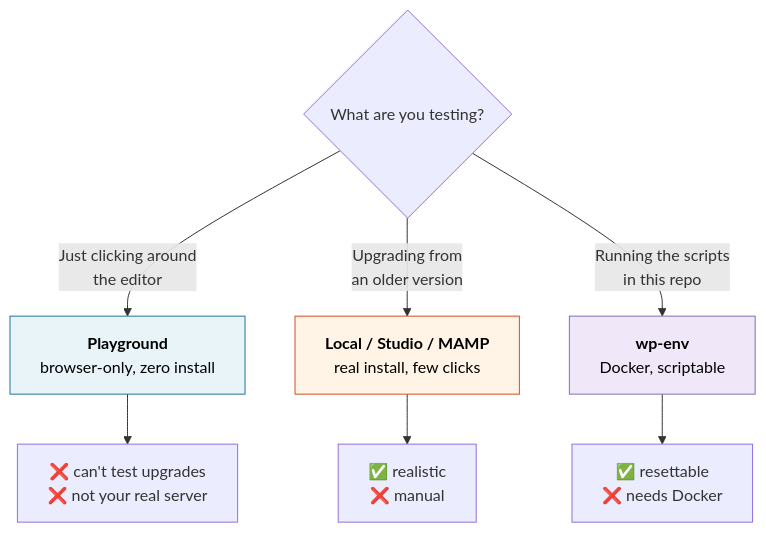
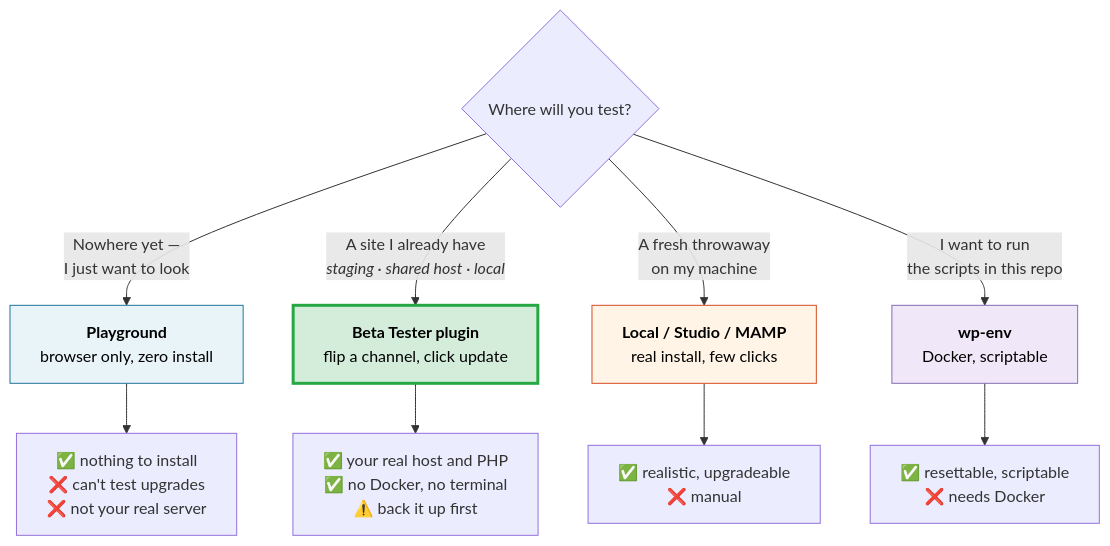
One commit to courtneyr-dev/wp-release-audit-method changed the second of 4 diagrams in README.md. Above: the diagram before and after it, drawn with Mermaid. The commit also changed other lines of this file, not shown here.

First line of the commit message:
🔌 Add the Beta Tester plugin as the default testing path

````diff
--- a/README.md
+++ b/README.md
@@ -115,15 +115,19 @@
 ```mermaid
 flowchart TD
-    Q{"What are you testing?"}
-    Q -->|"Just clicking around<br/>the editor"| P["<b>Playground</b><br/>browser-only, zero install"]
-    Q -->|"Upgrading from<br/>an older version"| L["<b>Local / Studio / MAMP</b><br/>real install, few clicks"]
-    Q -->|"Running the scripts<br/>in this repo"| W["<b>wp-env</b><br/>Docker, scriptable"]
+    Q{"Where will you test?"}
 
-    P --> PN["❌ can't test upgrades<br/>❌ not your real server"]
-    L --> LN["✅ realistic<br/>❌ manual"]
-    W --> WN["✅ resettable<br/>❌ needs Docker"]
+    Q -->|"Nowhere yet —<br/>I just want to look"| P["<b>Playground</b><br/>browser only, zero install"]
+    Q -->|"A site I already have<br/><i>staging · shared host · local</i>"| BT["<b>Beta Tester plugin</b><br/>flip a channel, click update"]
+    Q -->|"A fresh throwaway<br/>on my machine"| L["<b>Local / Studio / MAMP</b><br/>real install, few clicks"]
+    Q -->|"I want to run<br/>the scripts in this repo"| W["<b>wp-env</b><br/>Docker, scriptable"]
+
+    P --> PN["✅ nothing to install<br/>❌ can't test upgrades<br/>❌ not your real server"]
+    BT --> BTN["✅ your real host and PHP<br/>✅ no Docker, no terminal<br/>⚠️ back it up first"]
+    L --> LN["✅ realistic, upgradeable<br/>❌ manual"]
+    W --> WN["✅ resettable, scriptable<br/>❌ needs Docker"]
 
     style P fill:#e8f4f8,stroke:#21759B,color:#000
+    style BT fill:#d4edda,stroke:#28a745,stroke-width:3px,color:#000
     style L fill:#fff4e6,stroke:#D54E21,color:#000
     style W fill:#f0e8f8,stroke:#826EB4,color:#000
 ```
````
